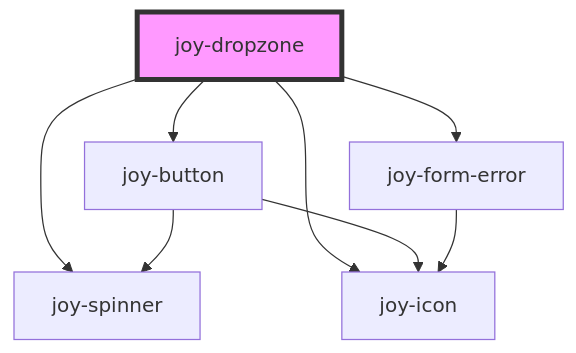
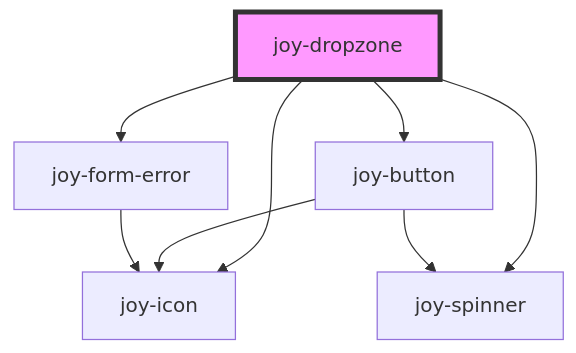
The diagram in core/src/components/dropzone/readme.md (Maltcommunity/joy), drawn with Mermaid before and after one commit. The commit also changed other lines of this file and 18 other files, not shown here.

````diff
--- a/core/src/components/dropzone/readme.md
+++ b/core/src/components/dropzone/readme.md
@@ -73,11 +73,11 @@
 ```mermaid
 graph TD;
-  joy-dropzone --> joy-spinner
   joy-dropzone --> joy-button
   joy-dropzone --> joy-icon
+  joy-dropzone --> joy-spinner
   joy-dropzone --> joy-form-error
   joy-button --> joy-icon
   joy-button --> joy-spinner
   joy-form-error --> joy-icon
   style joy-dropzone fill:#f9f,stroke:#333,stroke-width:4px
 ```
````
